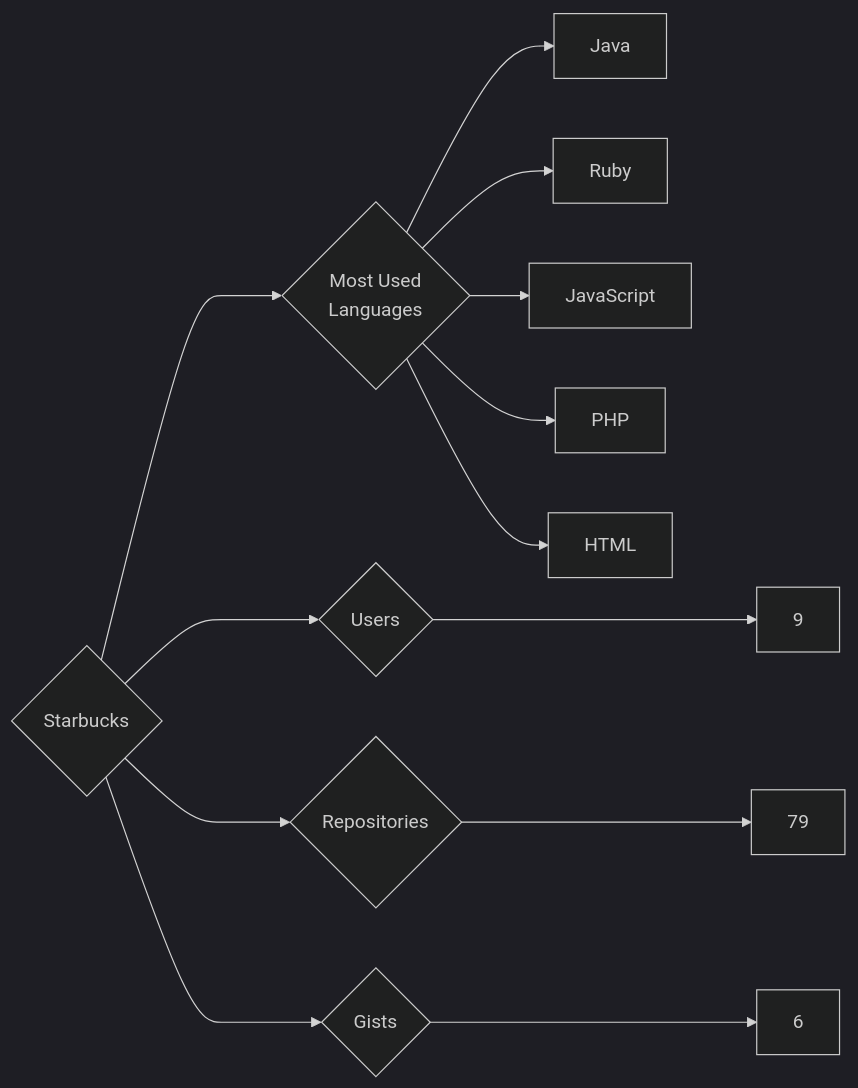
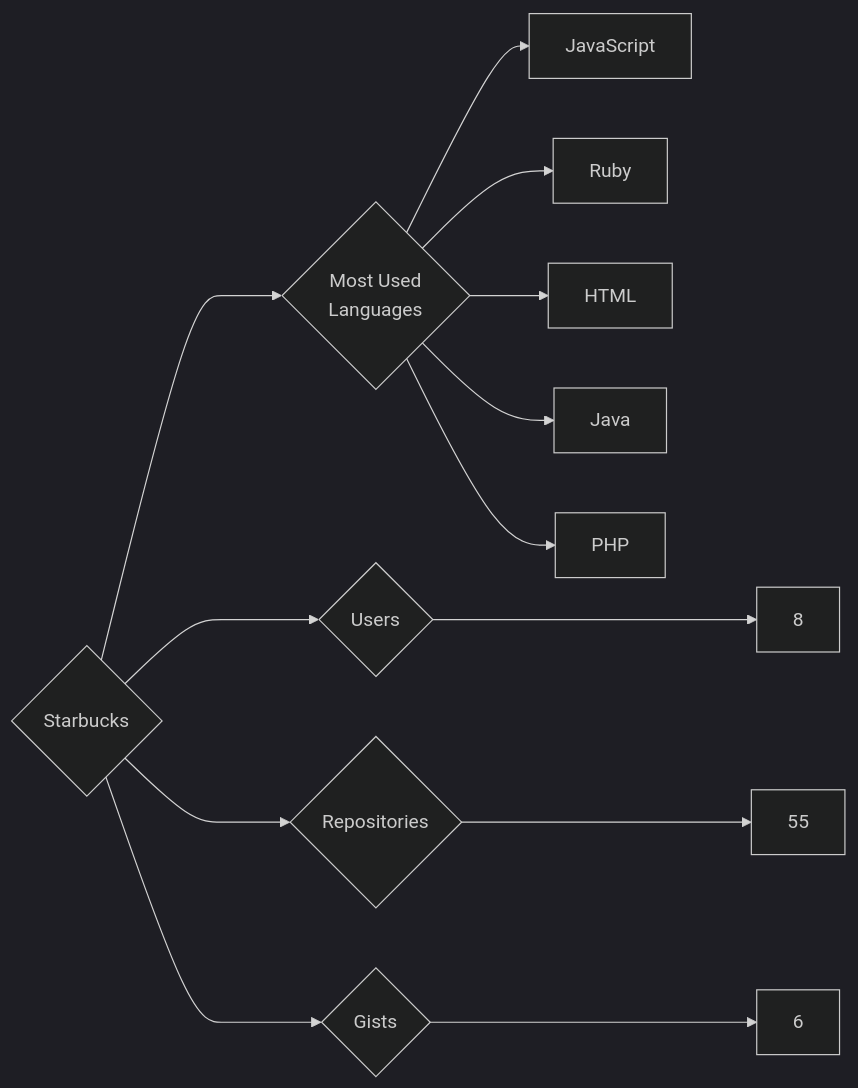
One commit to trickest/insiders changed the diagram in targets/Starbucks/README.md. Above: the diagram before and after it, drawn with Mermaid (dark theme). The commit also changed 895 other files, not shown here.

````diff
--- a/targets/Starbucks/README.md
+++ b/targets/Starbucks/README.md
@@ -3,13 +3,13 @@
 ```mermaid
 graph LR
 COMPANY_NAME{Starbucks}
-COMPANY_NAME ---> U{Users} ---> UN[9]
-COMPANY_NAME ---> R{Repositories} ---> RN[79]
+COMPANY_NAME ---> U{Users} ---> UN[8]
+COMPANY_NAME ---> R{Repositories} ---> RN[55]
 COMPANY_NAME ---> G{Gists} ---> GN[6]
 COMPANY_NAME ---> ML{Most Used<br>Languages}
+ML --> JavaScript[JavaScript]
+ML --> Ruby[Ruby]
+ML --> HTML[HTML]
 ML --> Java[Java]
-ML --> Ruby[Ruby]
-ML --> JavaScript[JavaScript]
 ML --> PHP[PHP]
-ML --> HTML[HTML]
 ```
````
